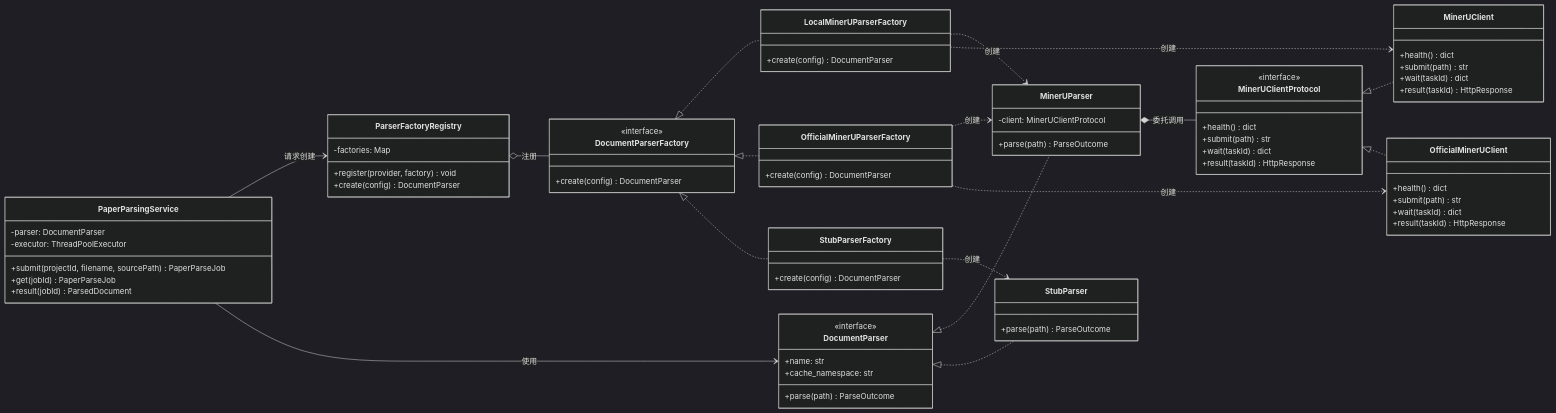
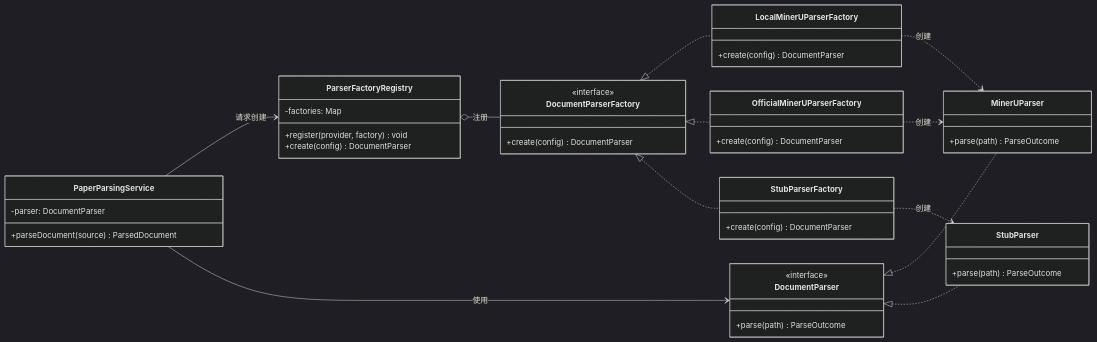
The first of 3 diagrams in TechPrototype/TraceLab_GoF设计模式详细设计.md (1JI0O/SE26Project-15), drawn with Mermaid (dark theme) before and after one commit. The commit also changed other lines of this file, not shown here.

Commit message:
docs: refine GoF design pattern document

````diff
--- a/TechPrototype/TraceLab_GoF设计模式详细设计.md
+++ b/TechPrototype/TraceLab_GoF设计模式详细设计.md
@@ -94,10 +89,7 @@
 
     class PaperParsingService {
         -parser: DocumentParser
-        -executor: ThreadPoolExecutor
-        +submit(projectId, filename, sourcePath) PaperParseJob
-        +get(jobId) PaperParseJob
-        +result(jobId) ParsedDocument
+        +parseDocument(source) ParsedDocument
     }
 
     class ParserFactoryRegistry {
@@ -125,40 +117,15 @@
 
     class DocumentParser {
         <<interface>>
-        +name: str
-        +cache_namespace: str
         +parse(path) ParseOutcome
     }
 
     class MinerUParser {
-        -client: MinerUClientProtocol
         +parse(path) ParseOutcome
     }
 
     class StubParser {
         +parse(path) ParseOutcome
-    }
-
-    class MinerUClientProtocol {
-        <<interface>>
-        +health() dict
-        +submit(path) str
-        +wait(taskId) dict
-        +result(taskId) HttpResponse
-    }
-
-    class MinerUClient {
-        +health() dict
-        +submit(path) str
-        +wait(taskId) dict
-        +result(taskId) HttpResponse
-    }
-
-    class OfficialMinerUClient {
-        +health() dict
-        +submit(path) str
-        +wait(taskId) dict
-        +result(taskId) HttpResponse
     }
 
     PaperParsingService --> ParserFactoryRegistry : 请求创建
@@ -172,9 +139,4 @@
     LocalMinerUParserFactory ..> MinerUParser : 创建
     OfficialMinerUParserFactory ..> MinerUParser : 创建
     StubParserFactory ..> StubParser : 创建
-    MinerUParser *-- MinerUClientProtocol : 委托调用
-    MinerUClientProtocol <|.. MinerUClient
-    MinerUClientProtocol <|.. OfficialMinerUClient
-    LocalMinerUParserFactory ..> MinerUClient : 创建
-    OfficialMinerUParserFactory ..> OfficialMinerUClient : 创建
 ```
````
